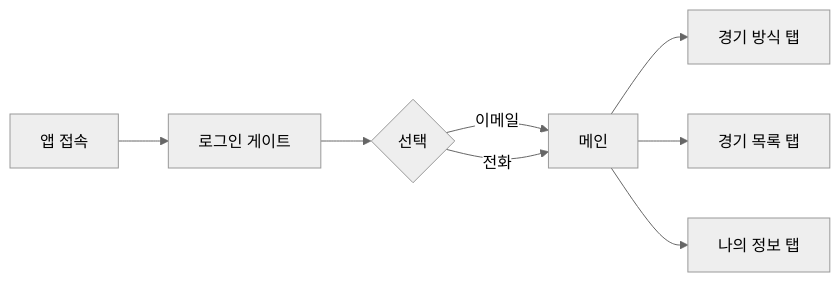
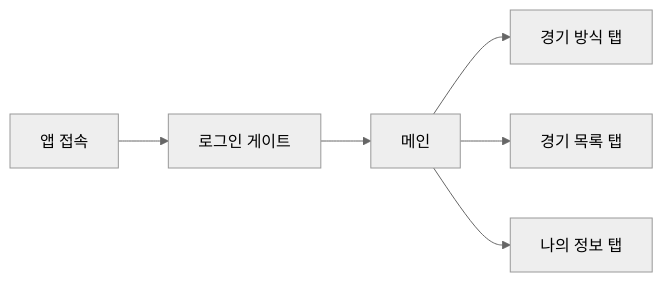
One commit to songdaeil/badminton-app changed the second of 8 diagrams in docs/README.md. Above: the diagram before and after it, drawn with Mermaid (neutral theme). The commit also changed other lines of this file and 4 other files, not shown here.

````diff
--- a/docs/README.md
+++ b/docs/README.md
@@ -82,10 +82,8 @@
 ```mermaid
 flowchart LR
   A[앱 접속] --> B[로그인 게이트]
-  B --> C{선택}
-  C -->|이메일| D[메인]
-  C -->|전화| D
+  B --> D[메인]
   D --> E[경기 방식 탭]
   D --> F[경기 목록 탭]
   D --> G[나의 정보 탭]
 ```
````
